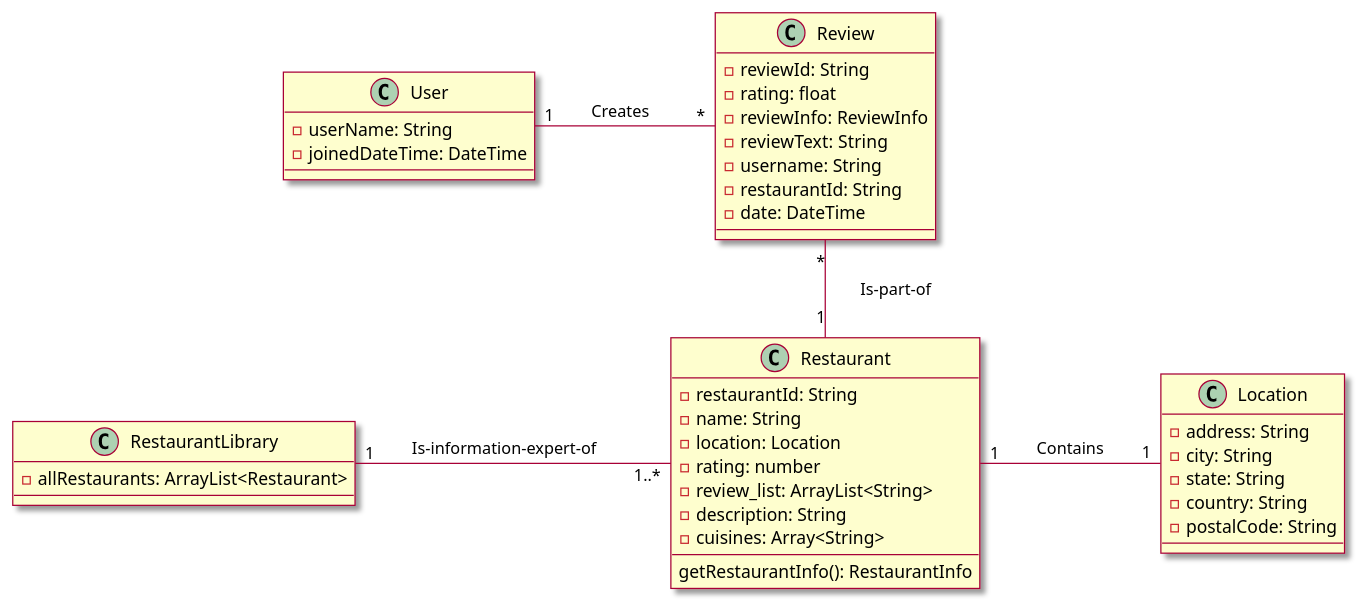
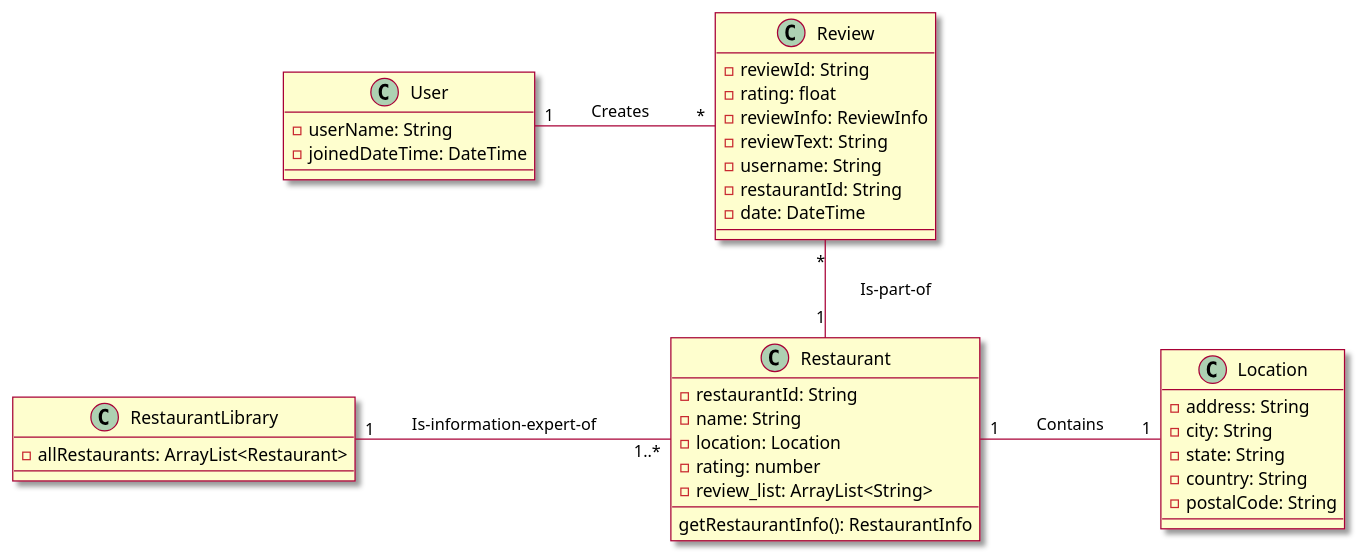
The second of 2 diagrams in intellij/doc/design.md (tanwasp/LunchBox-Android), drawn with PlantUML before and after one commit. The commit also changed other lines of this file, not shown here.

````diff
--- a/intellij/doc/design.md
+++ b/intellij/doc/design.md
@@ -35,51 +37,49 @@
 ```plantuml
 @startuml
 skin rose
 'skinparam classAttributeIconSize 0
 
 class Restaurant{
     -restaurantId: String
     -name: String
     -location: Location
     -rating: number
     -review_list: ArrayList<String>
-    -description: String
-    -cuisines: Array<String>
     --
     getRestaurantInfo(): RestaurantInfo
 }
 
 class Location{
     -address: String
     -city: String
     -state: String
     -country: String
     -postalCode: String
 }
 
 class Review{
     -reviewId: String
     -rating: float
     -reviewInfo: ReviewInfo
     -reviewText: String
     -username: String
     -restaurantId: String
     -date: DateTime
 }
 
 class User{
     -userName: String
     -joinedDateTime: DateTime
 }
 
 class RestaurantLibrary{
     -allRestaurants: ArrayList<Restaurant>
 }
 
 ' associations
 RestaurantLibrary "1" - "1..*" Restaurant : \tIs-information-expert-of\t\t
 Restaurant "1" - "1" Location : \tContains\t\t
 Review "*" -- "1" Restaurant : \tIs-part-of\t\t
 User "1" - "*" Review : \tCreates\t\t
 @enduml
 ```
````
